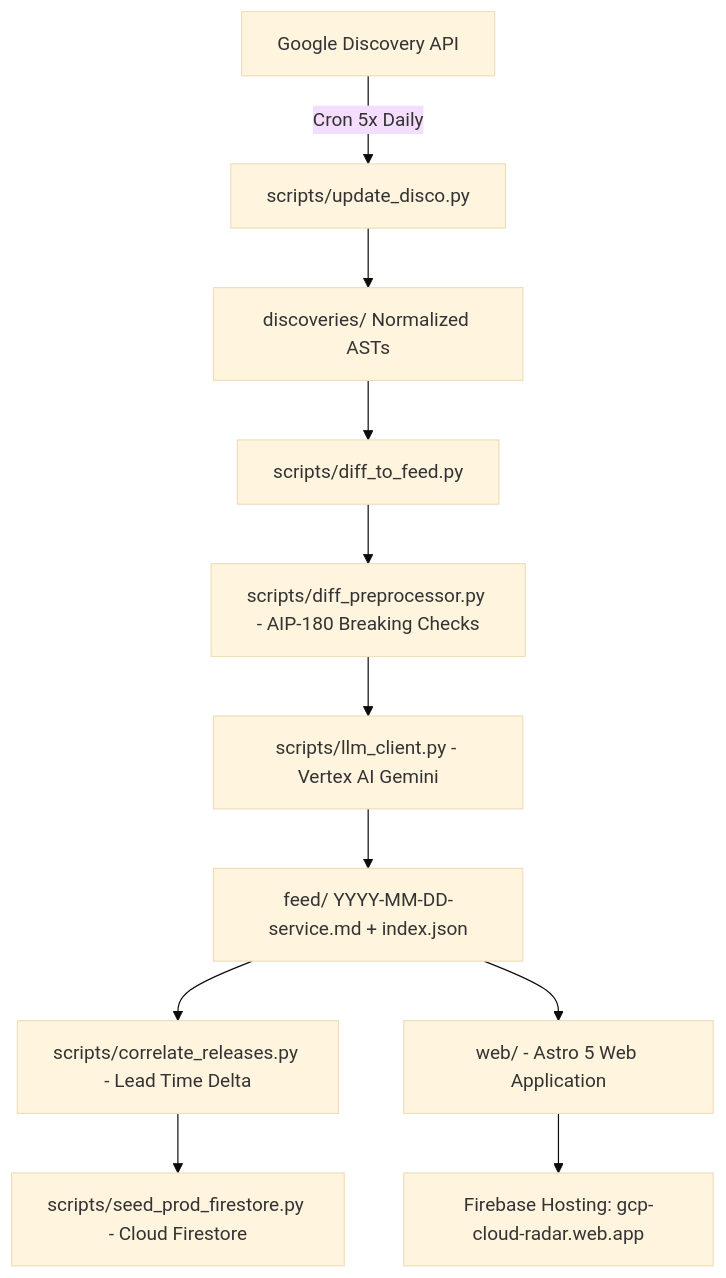
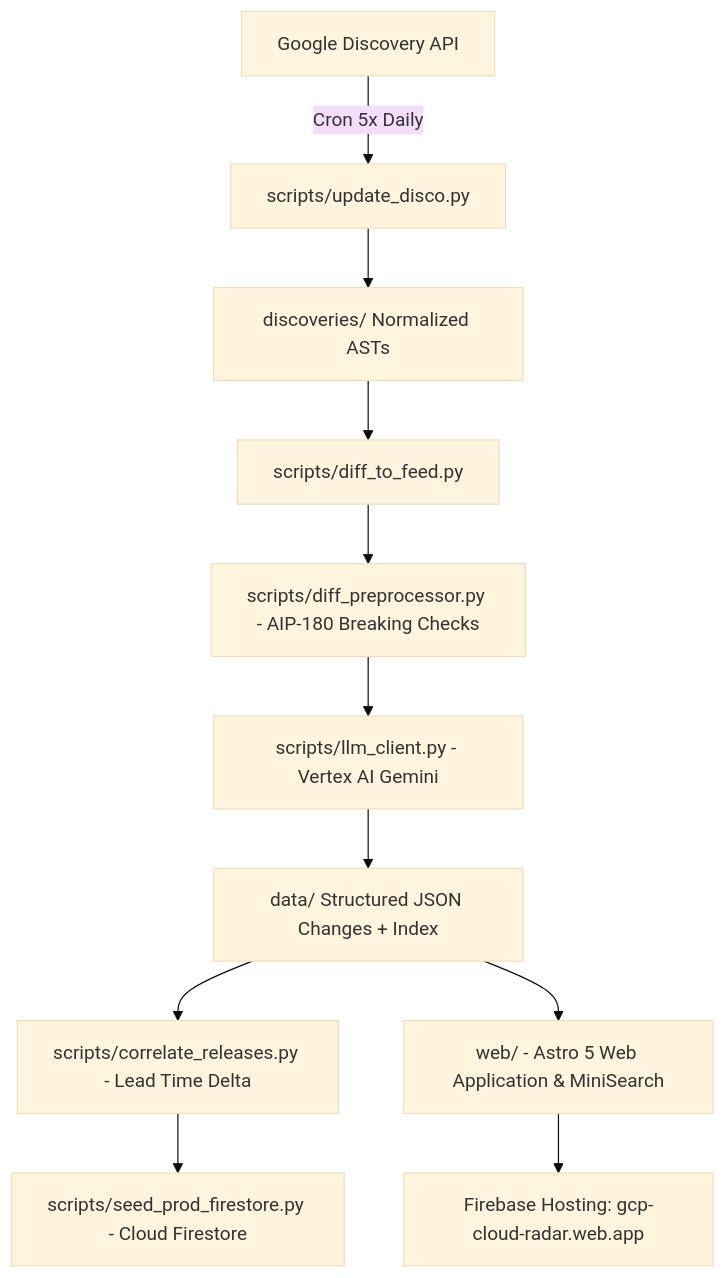
Before and after one commit to max-ostapenko/google-cloud-radar: the diagram in README.md, drawn with Mermaid (base theme). The commit also changed other lines of this file and 175 other files, not shown here.

Commit message:
feat: migrate feed to structured JSON, add MiniSearch with fuzzy search, and update security rules

````diff
--- a/README.md
+++ b/README.md
@@ -13,13 +13,13 @@
 ```mermaid
 graph TD
     A[Google Discovery API] -->|Cron 5x Daily| B[scripts/update_disco.py]
     B --> C[discoveries/ Normalized ASTs]
     C --> D[scripts/diff_to_feed.py]
     D --> E[scripts/diff_preprocessor.py - AIP-180 Breaking Checks]
     E --> F[scripts/llm_client.py - Vertex AI Gemini]
-    F --> G[feed/ YYYY-MM-DD-service.md + index.json]
+    F --> G[data/ Structured JSON Changes + Index]
     G --> H[scripts/correlate_releases.py - Lead Time Delta]
     H --> I[scripts/seed_prod_firestore.py - Cloud Firestore]
-    G --> J[web/ - Astro 5 Web Application]
+    G --> J[web/ - Astro 5 Web Application & MiniSearch]
     J --> K[Firebase Hosting: gcp-cloud-radar.web.app]
 ```
````
